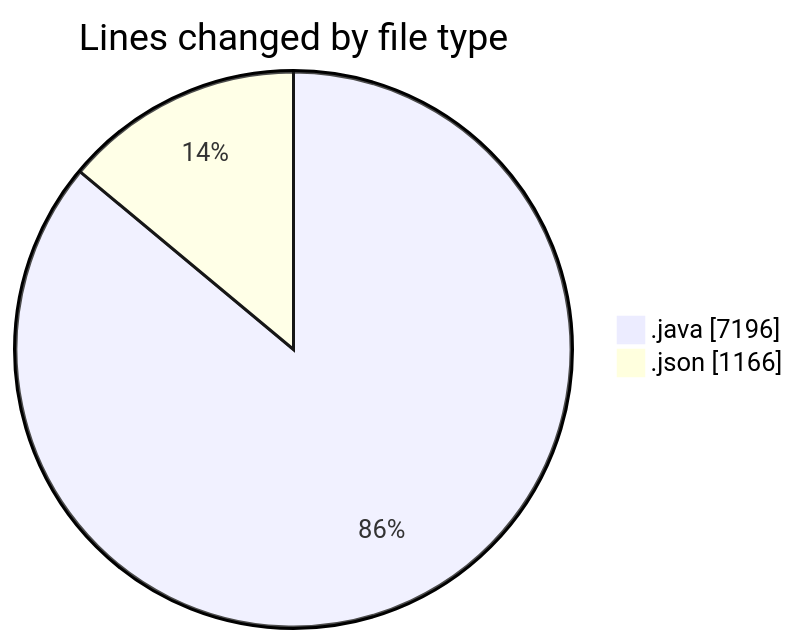
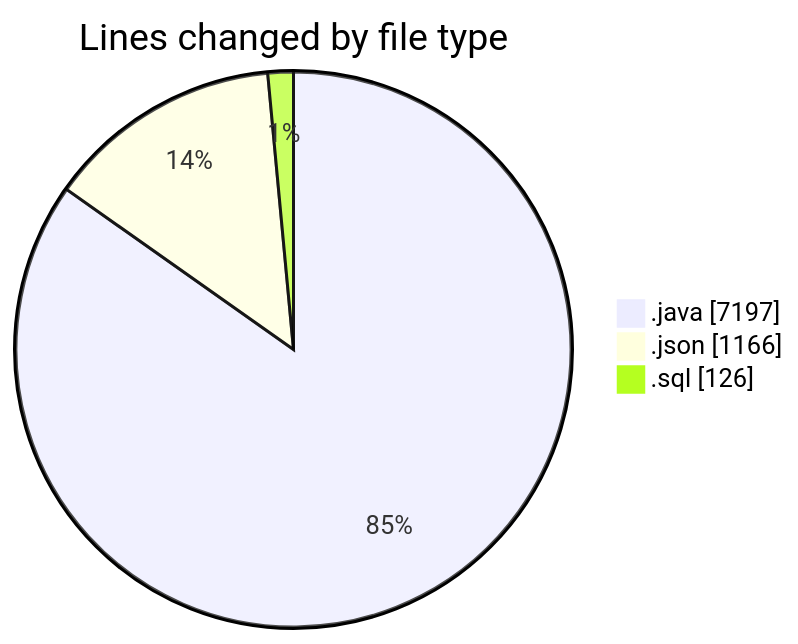
One commit to ricardozamudiocil/code-tracking changed the first of 2 diagrams in 2026-06-10/cilapp/README.md. Above: the diagram before and after it, drawn with Mermaid. The commit also changed other lines of this file and 1 other file, not shown here.

````diff
--- a/2026-06-10/cilapp/README.md
+++ b/2026-06-10/cilapp/README.md
@@ -22,6 +23,7 @@
 ```mermaid
 pie showData
 title Lines changed by file type
-".java" : 7196
+".java" : 7197
 ".json" : 1166
+".sql" : 126
 ```
````
